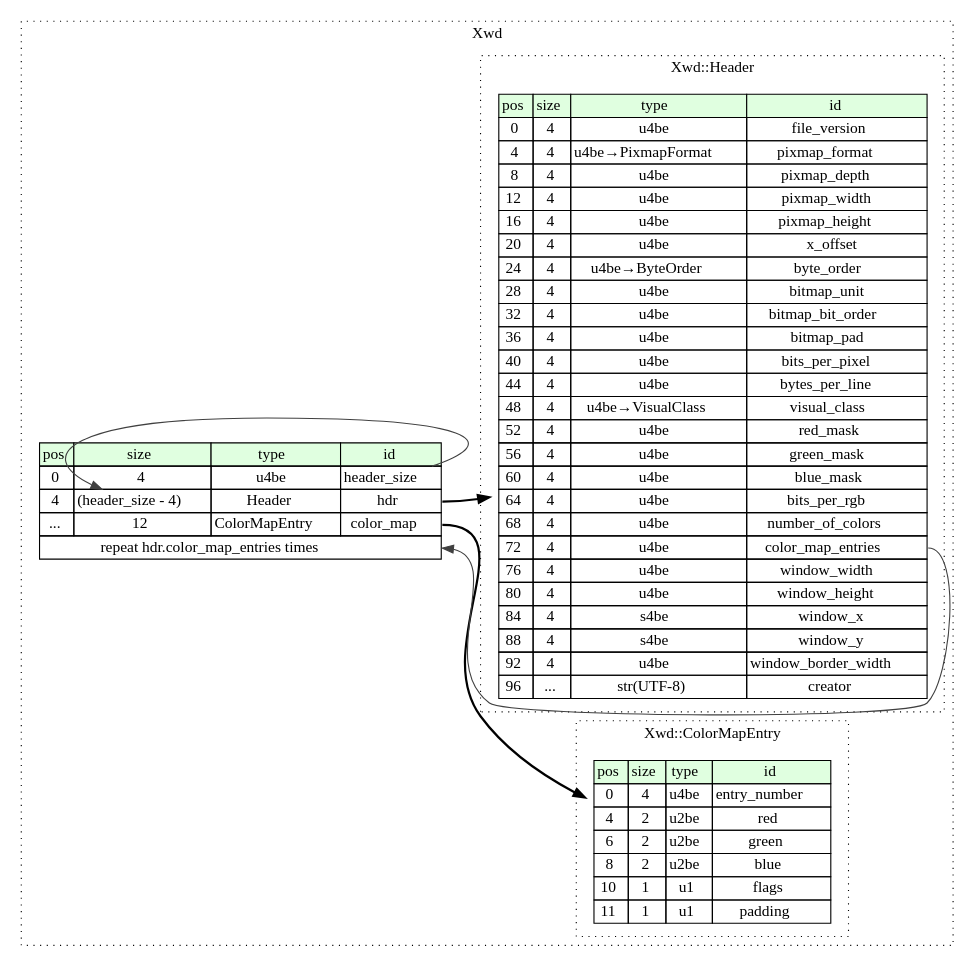
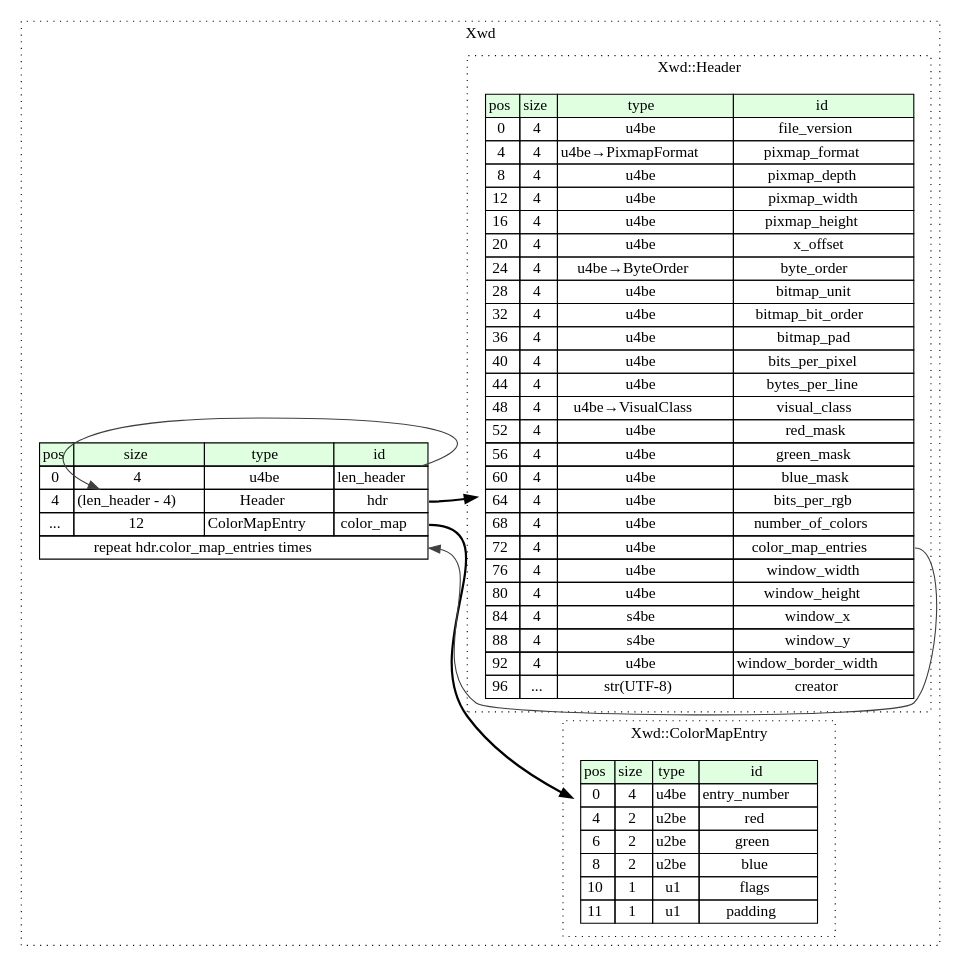
Before and after one commit to kaitai-io/formats-kaitai-io.github.io: the diagram in xwd/src/graphviz/xwd.dot, drawn with Graphviz. The commit also changed 21 other files, not shown here.

```diff
--- a/xwd/src/graphviz/xwd.dot
+++ b/xwd/src/graphviz/xwd.dot
@@ -1,67 +1,67 @@
 digraph {
 	rankdir=LR;
 	node [shape=plaintext];
 	subgraph cluster__xwd {
 		label="Xwd";
 		graph[style=dotted];
 
 		xwd__seq [label=<<TABLE BORDER="0" CELLBORDER="1" CELLSPACING="0">
 			<TR><TD BGCOLOR="#E0FFE0">pos</TD><TD BGCOLOR="#E0FFE0">size</TD><TD BGCOLOR="#E0FFE0">type</TD><TD BGCOLOR="#E0FFE0">id</TD></TR>
-			<TR><TD PORT="header_size_pos">0</TD><TD PORT="header_size_size">4</TD><TD>u4be</TD><TD PORT="header_size_type">header_size</TD></TR>
-			<TR><TD PORT="hdr_pos">4</TD><TD PORT="hdr_size">(header_size - 4)</TD><TD>Header</TD><TD PORT="hdr_type">hdr</TD></TR>
+			<TR><TD PORT="len_header_pos">0</TD><TD PORT="len_header_size">4</TD><TD>u4be</TD><TD PORT="len_header_type">len_header</TD></TR>
+			<TR><TD PORT="hdr_pos">4</TD><TD PORT="hdr_size">(len_header - 4)</TD><TD>Header</TD><TD PORT="hdr_type">hdr</TD></TR>
 			<TR><TD PORT="color_map_pos">...</TD><TD PORT="color_map_size">12</TD><TD>ColorMapEntry</TD><TD PORT="color_map_type">color_map</TD></TR>
 			<TR><TD COLSPAN="4" PORT="color_map__repeat">repeat hdr.color_map_entries times</TD></TR>
 		</TABLE>>];
 		subgraph cluster__header {
 			label="Xwd::Header";
 			graph[style=dotted];
 
 			header__seq [label=<<TABLE BORDER="0" CELLBORDER="1" CELLSPACING="0">
 				<TR><TD BGCOLOR="#E0FFE0">pos</TD><TD BGCOLOR="#E0FFE0">size</TD><TD BGCOLOR="#E0FFE0">type</TD><TD BGCOLOR="#E0FFE0">id</TD></TR>
 				<TR><TD PORT="file_version_pos">0</TD><TD PORT="file_version_size">4</TD><TD>u4be</TD><TD PORT="file_version_type">file_version</TD></TR>
 				<TR><TD PORT="pixmap_format_pos">4</TD><TD PORT="pixmap_format_size">4</TD><TD>u4be→PixmapFormat</TD><TD PORT="pixmap_format_type">pixmap_format</TD></TR>
 				<TR><TD PORT="pixmap_depth_pos">8</TD><TD PORT="pixmap_depth_size">4</TD><TD>u4be</TD><TD PORT="pixmap_depth_type">pixmap_depth</TD></TR>
 				<TR><TD PORT="pixmap_width_pos">12</TD><TD PORT="pixmap_width_size">4</TD><TD>u4be</TD><TD PORT="pixmap_width_type">pixmap_width</TD></TR>
 				<TR><TD PORT="pixmap_height_pos">16</TD><TD PORT="pixmap_height_size">4</TD><TD>u4be</TD><TD PORT="pixmap_height_type">pixmap_height</TD></TR>
 				<TR><TD PORT="x_offset_pos">20</TD><TD PORT="x_offset_size">4</TD><TD>u4be</TD><TD PORT="x_offset_type">x_offset</TD></TR>
 				<TR><TD PORT="byte_order_pos">24</TD><TD PORT="byte_order_size">4</TD><TD>u4be→ByteOrder</TD><TD PORT="byte_order_type">byte_order</TD></TR>
 				<TR><TD PORT="bitmap_unit_pos">28</TD><TD PORT="bitmap_unit_size">4</TD><TD>u4be</TD><TD PORT="bitmap_unit_type">bitmap_unit</TD></TR>
 				<TR><TD PORT="bitmap_bit_order_pos">32</TD><TD PORT="bitmap_bit_order_size">4</TD><TD>u4be</TD><TD PORT="bitmap_bit_order_type">bitmap_bit_order</TD></TR>
 				<TR><TD PORT="bitmap_pad_pos">36</TD><TD PORT="bitmap_pad_size">4</TD><TD>u4be</TD><TD PORT="bitmap_pad_type">bitmap_pad</TD></TR>
 				<TR><TD PORT="bits_per_pixel_pos">40</TD><TD PORT="bits_per_pixel_size">4</TD><TD>u4be</TD><TD PORT="bits_per_pixel_type">bits_per_pixel</TD></TR>
 				<TR><TD PORT="bytes_per_line_pos">44</TD><TD PORT="bytes_per_line_size">4</TD><TD>u4be</TD><TD PORT="bytes_per_line_type">bytes_per_line</TD></TR>
 				<TR><TD PORT="visual_class_pos">48</TD><TD PORT="visual_class_size">4</TD><TD>u4be→VisualClass</TD><TD PORT="visual_class_type">visual_class</TD></TR>
 				<TR><TD PORT="red_mask_pos">52</TD><TD PORT="red_mask_size">4</TD><TD>u4be</TD><TD PORT="red_mask_type">red_mask</TD></TR>
 				<TR><TD PORT="green_mask_pos">56</TD><TD PORT="green_mask_size">4</TD><TD>u4be</TD><TD PORT="green_mask_type">green_mask</TD></TR>
 				<TR><TD PORT="blue_mask_pos">60</TD><TD PORT="blue_mask_size">4</TD><TD>u4be</TD><TD PORT="blue_mask_type">blue_mask</TD></TR>
 				<TR><TD PORT="bits_per_rgb_pos">64</TD><TD PORT="bits_per_rgb_size">4</TD><TD>u4be</TD><TD PORT="bits_per_rgb_type">bits_per_rgb</TD></TR>
 				<TR><TD PORT="number_of_colors_pos">68</TD><TD PORT="number_of_colors_size">4</TD><TD>u4be</TD><TD PORT="number_of_colors_type">number_of_colors</TD></TR>
 				<TR><TD PORT="color_map_entries_pos">72</TD><TD PORT="color_map_entries_size">4</TD><TD>u4be</TD><TD PORT="color_map_entries_type">color_map_entries</TD></TR>
 				<TR><TD PORT="window_width_pos">76</TD><TD PORT="window_width_size">4</TD><TD>u4be</TD><TD PORT="window_width_type">window_width</TD></TR>
 				<TR><TD PORT="window_height_pos">80</TD><TD PORT="window_height_size">4</TD><TD>u4be</TD><TD PORT="window_height_type">window_height</TD></TR>
 				<TR><TD PORT="window_x_pos">84</TD><TD PORT="window_x_size">4</TD><TD>s4be</TD><TD PORT="window_x_type">window_x</TD></TR>
 				<TR><TD PORT="window_y_pos">88</TD><TD PORT="window_y_size">4</TD><TD>s4be</TD><TD PORT="window_y_type">window_y</TD></TR>
 				<TR><TD PORT="window_border_width_pos">92</TD><TD PORT="window_border_width_size">4</TD><TD>u4be</TD><TD PORT="window_border_width_type">window_border_width</TD></TR>
 				<TR><TD PORT="creator_pos">96</TD><TD PORT="creator_size">...</TD><TD>str(UTF-8)</TD><TD PORT="creator_type">creator</TD></TR>
 			</TABLE>>];
 		}
 		subgraph cluster__color_map_entry {
 			label="Xwd::ColorMapEntry";
 			graph[style=dotted];
 
 			color_map_entry__seq [label=<<TABLE BORDER="0" CELLBORDER="1" CELLSPACING="0">
 				<TR><TD BGCOLOR="#E0FFE0">pos</TD><TD BGCOLOR="#E0FFE0">size</TD><TD BGCOLOR="#E0FFE0">type</TD><TD BGCOLOR="#E0FFE0">id</TD></TR>
 				<TR><TD PORT="entry_number_pos">0</TD><TD PORT="entry_number_size">4</TD><TD>u4be</TD><TD PORT="entry_number_type">entry_number</TD></TR>
 				<TR><TD PORT="red_pos">4</TD><TD PORT="red_size">2</TD><TD>u2be</TD><TD PORT="red_type">red</TD></TR>
 				<TR><TD PORT="green_pos">6</TD><TD PORT="green_size">2</TD><TD>u2be</TD><TD PORT="green_type">green</TD></TR>
 				<TR><TD PORT="blue_pos">8</TD><TD PORT="blue_size">2</TD><TD>u2be</TD><TD PORT="blue_type">blue</TD></TR>
 				<TR><TD PORT="flags_pos">10</TD><TD PORT="flags_size">1</TD><TD>u1</TD><TD PORT="flags_type">flags</TD></TR>
 				<TR><TD PORT="padding_pos">11</TD><TD PORT="padding_size">1</TD><TD>u1</TD><TD PORT="padding_type">padding</TD></TR>
 			</TABLE>>];
 		}
 	}
-	xwd__seq:header_size_type -> xwd__seq:hdr_size [color="#404040"];
+	xwd__seq:len_header_type -> xwd__seq:hdr_size [color="#404040"];
 	xwd__seq:hdr_type -> header__seq [style=bold];
 	xwd__seq:color_map_type -> color_map_entry__seq [style=bold];
 	header__seq:color_map_entries_type -> xwd__seq:color_map__repeat [color="#404040"];
 }
```
